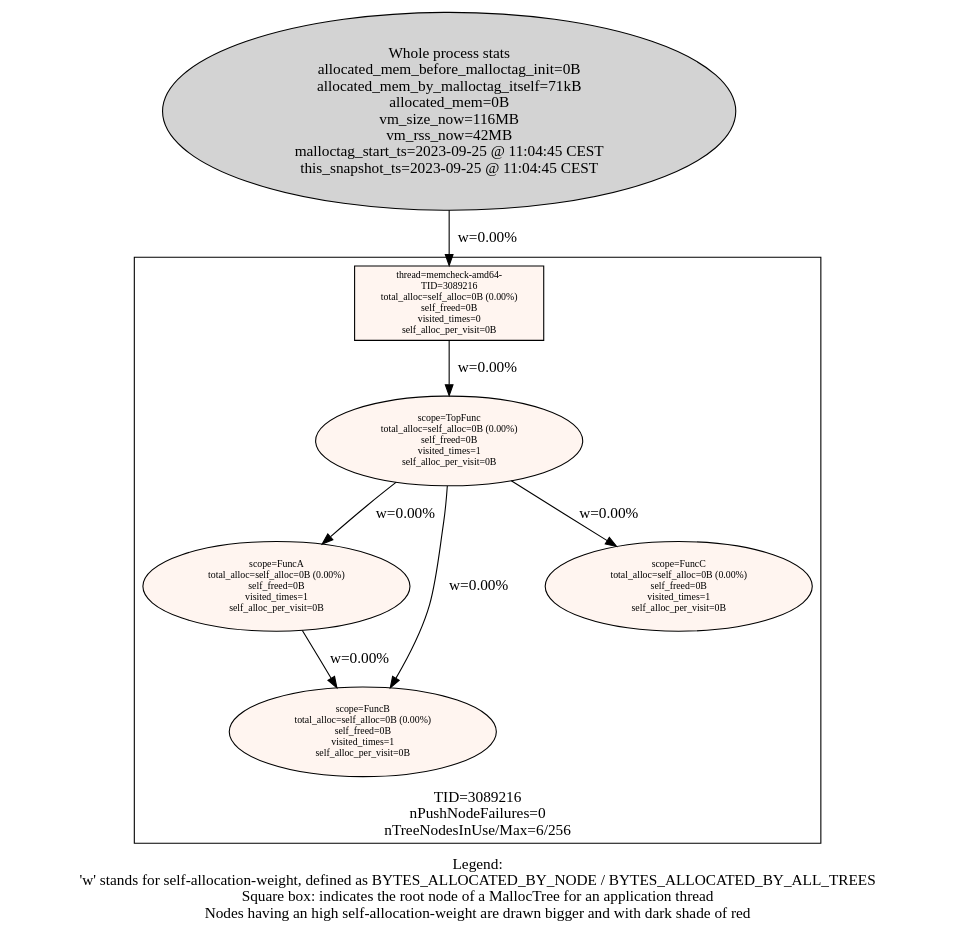
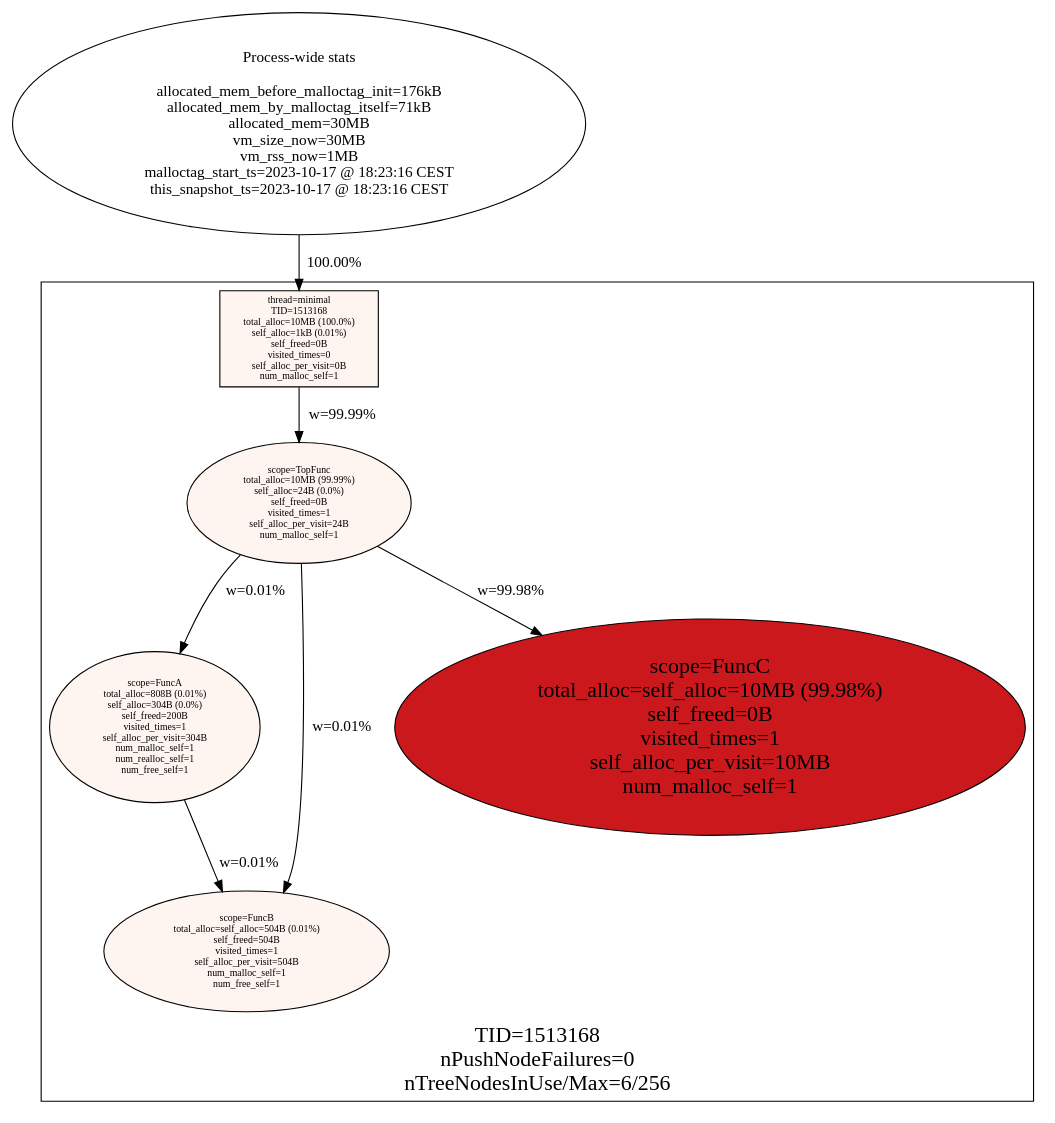
Before and after one commit to f18m/malloc-tag: the diagram in examples/minimal/minimal_stats.dot, drawn with Graphviz. The commit also changed other lines of this file and 22 other files, not shown here.

```diff
--- a/examples/minimal/minimal_stats.dot
+++ b/examples/minimal/minimal_stats.dot
@@ -1,31 +1,20 @@
-digraph AllMallocTrees {
- node [colorscheme=reds9 style=filled]
-  "Process 3089216" [label="Whole process stats\nallocated_mem_before_malloctag_init=0B\nallocated_mem_by_malloctag_itself=71kB\nallocated_mem=0B\nvm_size_now=116MB\nvm_rss_now=42MB\nmalloctag_start_ts=2023-09-25 @ 11:04:45 CEST\nthis_snapshot_ts=2023-09-25 @ 11:04:45 CEST\n"
-]
- subgraph cluster_TID3089216 {
-  node [colorscheme=reds9 style=filled]
-  labelloc="b"
-  label="TID=3089216\nnPushNodeFailures=0\nnTreeNodesInUse/Max=6/256\n"
-  "3089216_memcheck-amd64-" [label="thread=memcheck-amd64-\nTID=3089216\ntotal_alloc=self_alloc=0B (0.00%)\nself_freed=0B\nvisited_times=0\nself_alloc_per_visit=0B\n"
- shape=box fillcolor=1 fontsize=9]
-  "3089216_memcheck-amd64-" -> "3089216_TopFunc" [label="w=0.00%"]
-  "3089216_TopFunc" [label="scope=TopFunc\ntotal_alloc=self_alloc=0B (0.00%)\nself_freed=0B\nvisited_times=1\nself_alloc_per_visit=0B\n"
- fillcolor=1 fontsize=9]
-  "3089216_TopFunc" -> "3089216_FuncA" [label="w=0.00%"]
-  "3089216_TopFunc" -> "3089216_FuncB" [label="w=0.00%"]
-  "3089216_TopFunc" -> "3089216_FuncC" [label="w=0.00%"]
-  "3089216_FuncA" [label="scope=FuncA\ntotal_alloc=self_alloc=0B (0.00%)\nself_freed=0B\nvisited_times=1\nself_alloc_per_visit=0B\n"
- fillcolor=1 fontsize=9]
-  "3089216_FuncA" -> "3089216_FuncB" [label="w=0.00%"]
-  "3089216_FuncB" [label="scope=FuncB\ntotal_alloc=self_alloc=0B (0.00%)\nself_freed=0B\nvisited_times=1\nself_alloc_per_visit=0B\n"
- fillcolor=1 fontsize=9]
-  "3089216_FuncB" [label="scope=FuncB\ntotal_alloc=self_alloc=0B (0.00%)\nself_freed=0B\nvisited_times=1\nself_alloc_per_visit=0B\n"
- fillcolor=1 fontsize=9]
-  "3089216_FuncC" [label="scope=FuncC\ntotal_alloc=self_alloc=0B (0.00%)\nself_freed=0B\nvisited_times=1\nself_alloc_per_visit=0B\n"
- fillcolor=1 fontsize=9]
- }
-
-  "Process 3089216" -> "3089216_memcheck-amd64-" [label="w=0.00%"]
- labelloc="b"
- label="Legend:\n'w' stands for self-allocation-weight, defined as BYTES_ALLOCATED_BY_NODE / BYTES_ALLOCATED_BY_ALL_TREES\nSquare box: indicates the root node of a MallocTree for an application thread\nNodes having an high self-allocation-weight are drawn bigger and with dark shade of red\n"
+// Malloc-tag snapshot
+digraph {
+	Process_1513168 [label="Process-wide stats\n\nallocated_mem_before_malloctag_init=176kB\nallocated_mem_by_malloctag_itself=71kB\nallocated_mem=30MB\nvm_size_now=30MB\nvm_rss_now=1MB\nmalloctag_start_ts=2023-10-17 @ 18:23:16 CEST\nthis_snapshot_ts=2023-10-17 @ 18:23:16 CEST"]
+	subgraph cluster_TID1513168 {
+		node [colorscheme=reds9 style=filled]
+		fontsize=20 label="TID=1513168\nnPushNodeFailures=0\nnTreeNodesInUse/Max=6/256" labelloc=b
+		"1513168_minimal" [label="thread=minimal\nTID=1513168\ntotal_alloc=10MB (100.0%)\nself_alloc=1kB (0.01%)\nself_freed=0B\nvisited_times=0\nself_alloc_per_visit=0B\nnum_malloc_self=1" fillcolor=1 fontsize=9 shape=box]
+		"1513168_minimal" -> "1513168_TopFunc" [label="w=99.99%"]
+		"1513168_TopFunc" [label="scope=TopFunc\ntotal_alloc=10MB (99.99%)\nself_alloc=24B (0.0%)\nself_freed=0B\nvisited_times=1\nself_alloc_per_visit=24B\nnum_malloc_self=1" fillcolor=1 fontsize=9 shape=ellipse]
+		"1513168_TopFunc" -> "1513168_FuncA" [label="w=0.01%"]
+		"1513168_TopFunc" -> "1513168_FuncB" [label="w=0.01%"]
+		"1513168_TopFunc" -> "1513168_FuncC" [label="w=99.98%"]
+		"1513168_FuncA" [label="scope=FuncA\ntotal_alloc=808B (0.01%)\nself_alloc=304B (0.0%)\nself_freed=200B\nvisited_times=1\nself_alloc_per_visit=304B\nnum_malloc_self=1\nnum_realloc_self=1\nnum_free_self=1" fillcolor=1 fontsize=9 shape=ellipse]
+		"1513168_FuncA" -> "1513168_FuncB" [label="w=0.01%"]
+		"1513168_FuncB" [label="scope=FuncB\ntotal_alloc=self_alloc=504B (0.01%)\nself_freed=504B\nvisited_times=1\nself_alloc_per_visit=504B\nnum_malloc_self=1\nnum_free_self=1" fillcolor=1 fontsize=9 shape=ellipse]
+		"1513168_FuncB" [label="scope=FuncB\ntotal_alloc=self_alloc=504B (0.01%)\nself_freed=504B\nvisited_times=1\nself_alloc_per_visit=504B\nnum_malloc_self=1\nnum_free_self=1" fillcolor=1 fontsize=9 shape=ellipse]
+		"1513168_FuncC" [label="scope=FuncC\ntotal_alloc=self_alloc=10MB (99.98%)\nself_freed=0B\nvisited_times=1\nself_alloc_per_visit=10MB\nnum_malloc_self=1" fillcolor=7 fontsize=20 shape=ellipse]
+	}
+	Process_1513168 -> "1513168_minimal" [label="100.00%"]
 }
```
